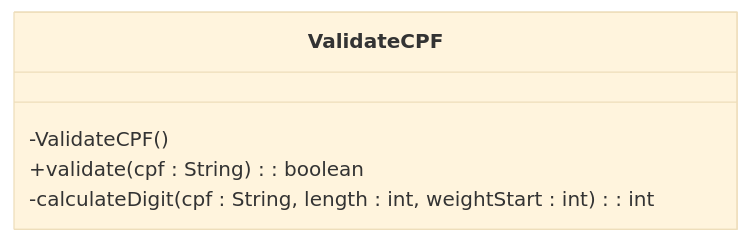
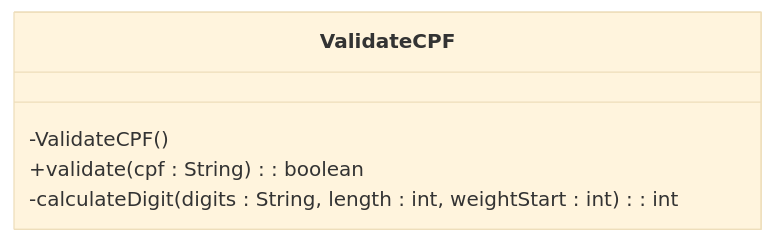
Before and after one commit to RenatoGarciaLopes/JavaIradoNoTxt: the diagram in ValidateCPF/validate-cpf-class.uml.mermaid, drawn with Mermaid (base theme). The commit also changed 13 other files, not shown here.

Commit message:
refactor: update UML diagrams and method signatures for ClientRegistration and ClientReport to enhance clarity and consistency

```diff
--- a/ValidateCPF/validate-cpf-class.uml.mermaid
+++ b/ValidateCPF/validate-cpf-class.uml.mermaid
@@ -1,6 +1,6 @@
 classDiagram
-class ValidateCPF {
-    -ValidateCPF()
-    +validate(cpf : String) : boolean
-    -calculateDigit(cpf : String, length : int, weightStart : int) : int
-}
+    class ValidateCPF {
+        -ValidateCPF()
+        +validate(cpf : String) : boolean
+        -calculateDigit(digits : String, length : int, weightStart : int) : int
+    }
```
